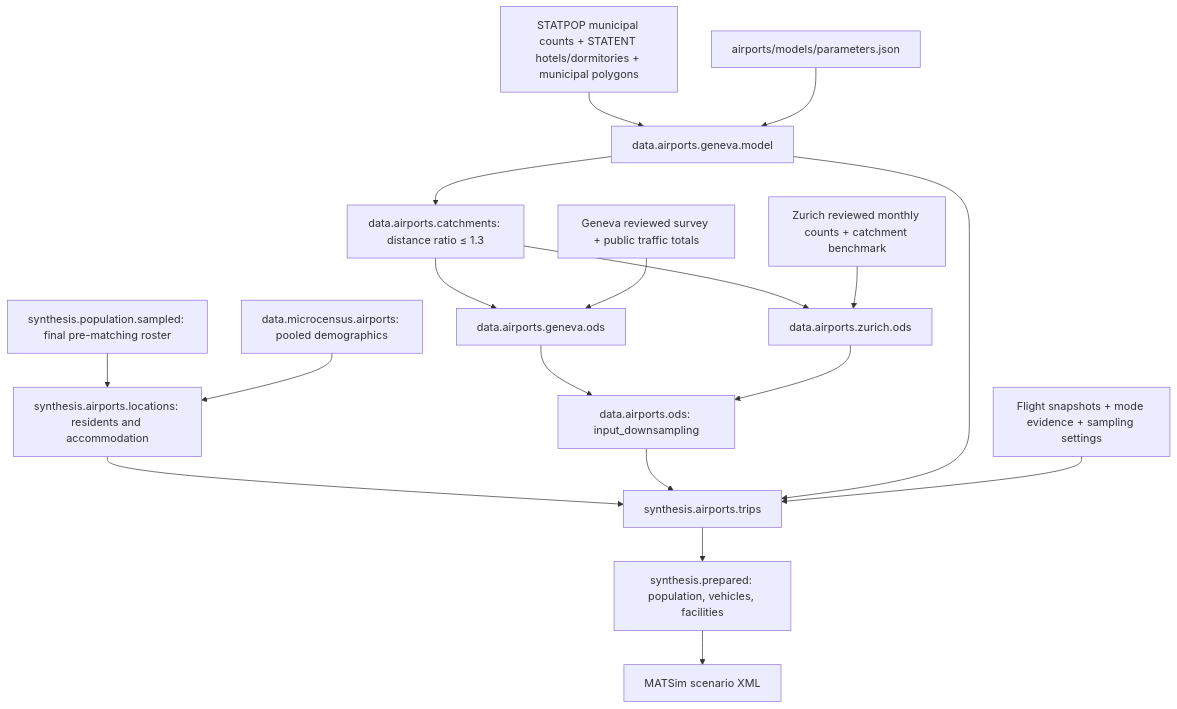
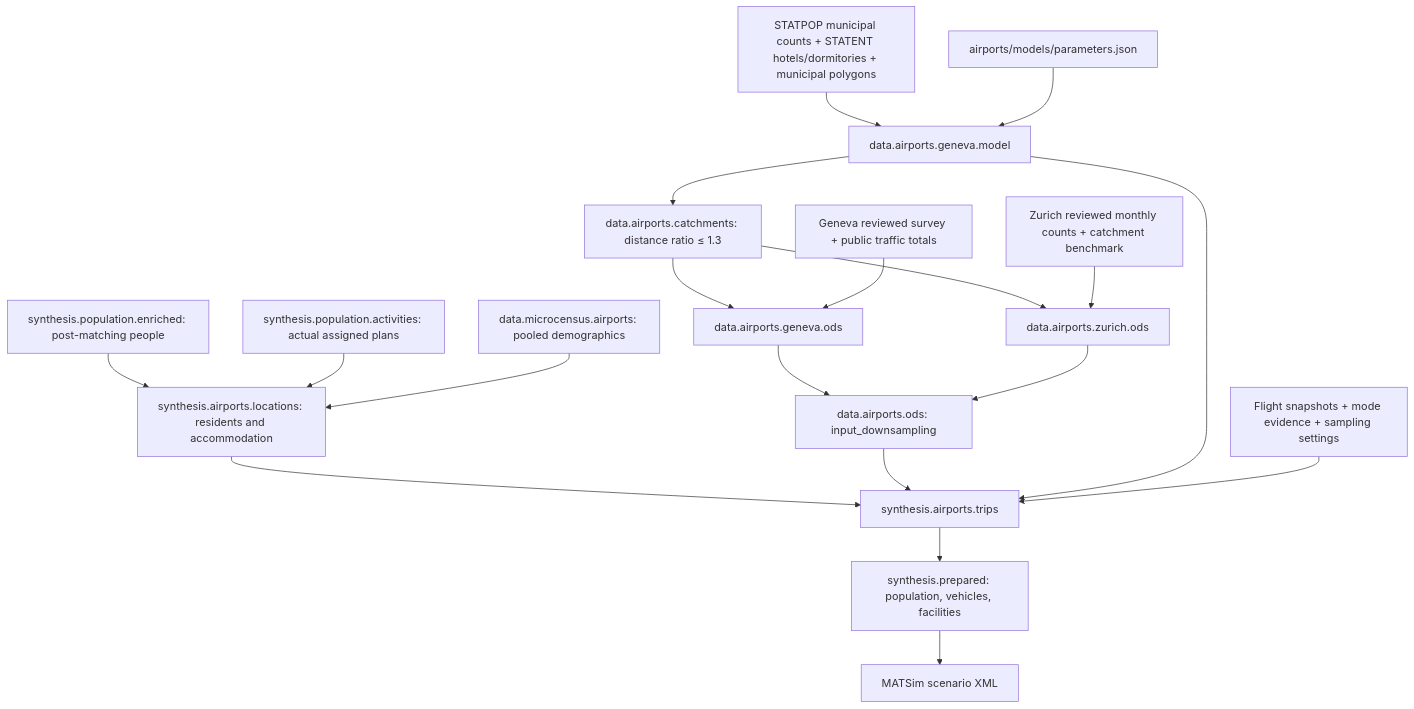
One commit to eqasim-org/eqasim-switzerland changed the diagram in doc/data/airports/README.md. Above: the diagram before and after it, drawn with Mermaid. The commit also changed other lines of this file and 7 other files, not shown here.

````diff
--- a/doc/data/airports/README.md
+++ b/doc/data/airports/README.md
@@ -18,20 +18,21 @@
 ```mermaid
 flowchart TD
     Census[STATPOP municipal counts + STATENT hotels/dormitories + municipal polygons] --> Model[data.airports.geneva.model]
     Saved[airports/models/parameters.json] --> Model
     Model --> Catchments[data.airports.catchments: distance ratio ≤ 1.3]
     Catchments --> Geneva[data.airports.geneva.ods]
     Catchments --> Zurich[data.airports.zurich.ods]
     GenevaSources[Geneva reviewed survey + public traffic totals] --> Geneva
     ZurichSources[Zurich reviewed monthly counts + catchment benchmark] --> Zurich
-    Roster[synthesis.population.sampled: final pre-matching roster] --> Locations
+    Roster[synthesis.population.enriched: post-matching people] --> Locations
+    Activities[synthesis.population.activities: actual assigned plans] --> Locations
     Survey[data.microcensus.airports: pooled demographics] --> Locations
     Locations[synthesis.airports.locations: residents and accommodation] --> Trips[synthesis.airports.trips]
     Geneva --> Scaled[data.airports.ods: input_downsampling]
     Zurich --> Scaled
     Scaled --> Trips
     Model --> Trips
     Timing[Flight snapshots + mode evidence + sampling settings] --> Trips
     Trips --> Prepared[synthesis.prepared: population, vehicles, facilities]
     Prepared --> XML[MATSim scenario XML]
 ```
````
